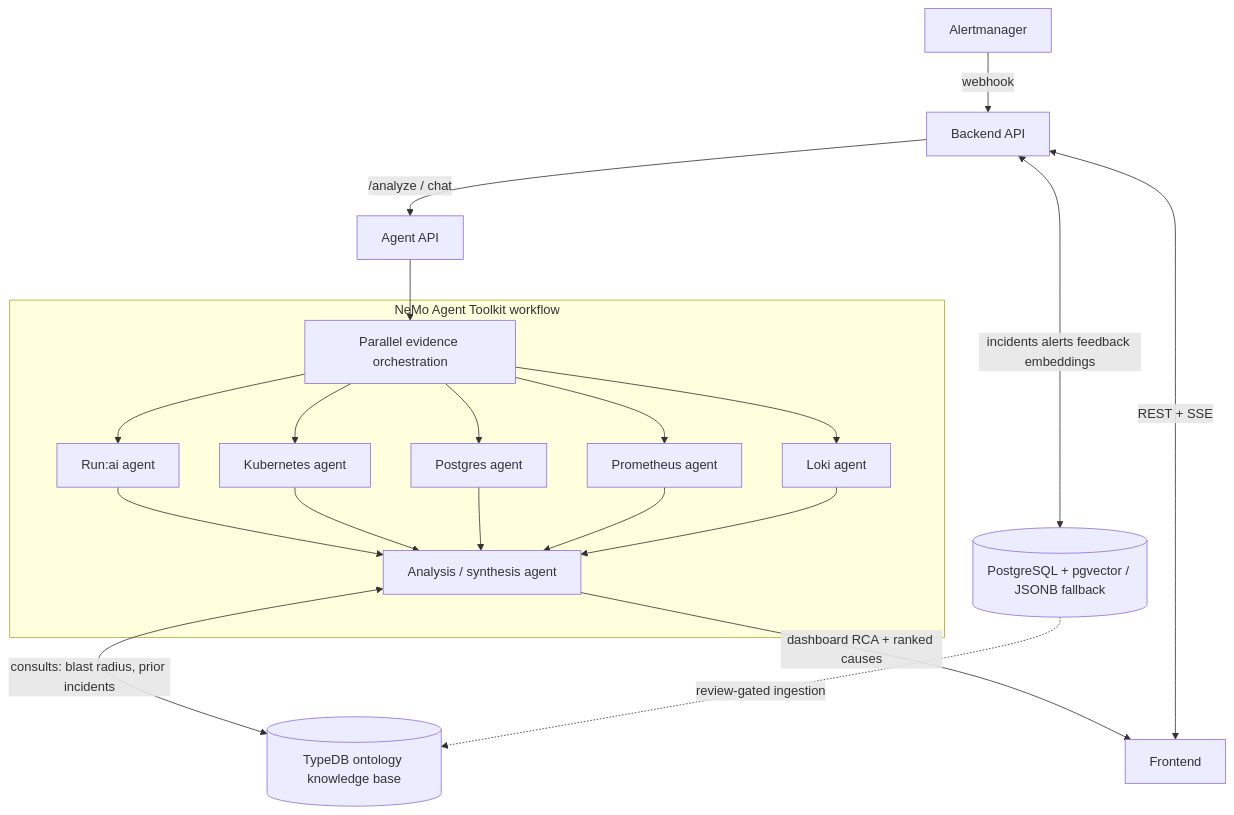
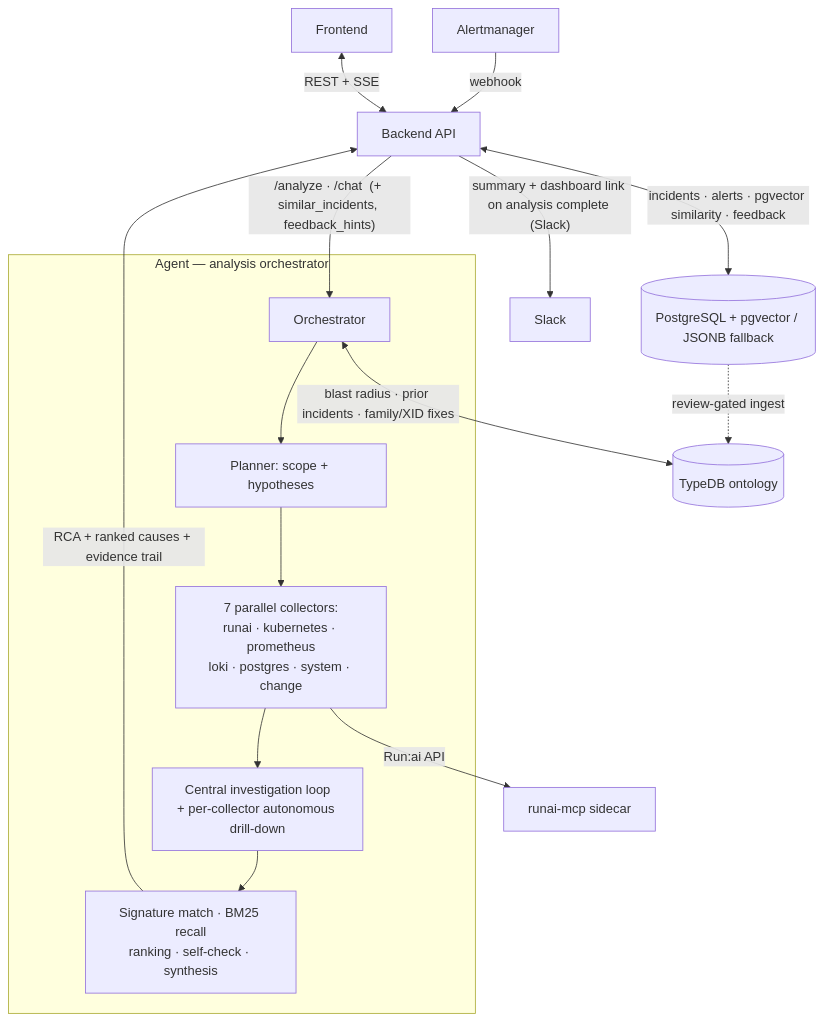
The diagram in README.md (uclix-nvidia-sw/runaiRCA), drawn with Mermaid before and after one commit. The commit also changed other lines of this file and 6 other files, not shown here.

First line of the commit message:
docs: correct architecture diagram + document the full RCA pipeline

````diff
--- a/README.md
+++ b/README.md
@@ -23,25 +23,22 @@
 ```mermaid
 flowchart TD
   AM[Alertmanager] -->|webhook| BE[Backend API]
   FE[Frontend] <-->|REST + SSE| BE
-  BE -->|/analyze / chat| AG[Agent API]
-  BE <-->|incidents alerts feedback embeddings| DB[(PostgreSQL + pgvector / JSONB fallback)]
+  BE <-->|"incidents · alerts · pgvector similarity · feedback"| DB[(PostgreSQL + pgvector / JSONB fallback)]
+  BE -->|"summary + dashboard link on analysis complete (Slack)"| SLACK[Slack]
+  BE -->|"/analyze · /chat  (+ similar_incidents, feedback_hints)"| ORCH
 
-  subgraph "NeMo Agent Toolkit workflow"
-    ORCH[Parallel evidence orchestration]
-    RA[Run:ai agent]
-    KA[Kubernetes agent]
-    DBA[Postgres agent]
-    PA[Prometheus agent]
-    LA[Loki agent]
-    AA[Analysis / synthesis agent]
+  subgraph AG["Agent — analysis orchestrator"]
+    ORCH[Orchestrator]
+    PLAN[Planner: scope + hypotheses]
+    COLL["7 parallel collectors:<br/>runai · kubernetes · prometheus<br/>loki · postgres · system · change"]
+    INV["Central investigation loop<br/>+ per-collector autonomous drill-down"]
+    SYN["Signature match · BM25 recall<br/>ranking · self-check · synthesis"]
+    ORCH --> PLAN --> COLL --> INV --> SYN
   end
 
-  AG --> ORCH
-  ORCH --> RA & KA & DBA & PA & LA
-  RA & KA & DBA & PA & LA --> AA
-  AA <-->|"consults: blast radius, prior incidents"| KG[("TypeDB ontology knowledge base")]
-  AA -->|dashboard RCA + ranked causes| FE
-
-  DB -.->|review-gated ingestion| KG
+  ORCH <-->|"blast radius · prior incidents · family/XID fixes"| KG[("TypeDB ontology")]
+  COLL -->|Run:ai API| MCP[runai-mcp sidecar]
+  SYN -->|"RCA + ranked causes + evidence trail"| BE
+  DB -.->|review-gated ingest| KG
 ```
````
